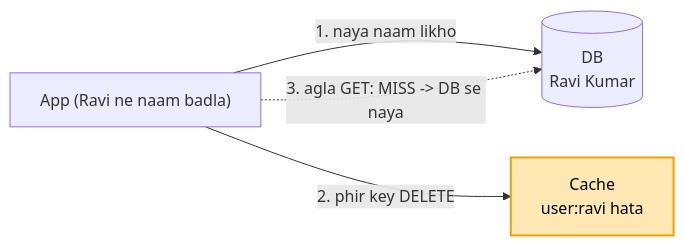
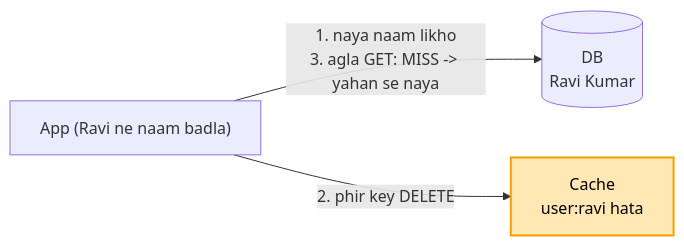
One commit to ArpanMaheshwari144/Prep changed the sixth of 8 diagrams in 04_HLD/SYSTEM_DESIGNS/10_distributed_cache/10_distributed_cache.md. Above: the diagram before and after it, drawn with Mermaid. The commit also changed other lines of this file, not shown here.

Commit message:
cache: kadam 1 aur 6 ke diagram me do teer ek jagah se, label dabbe pe chadh raha tha -> ek teer, do line

````diff
--- a/04_HLD/SYSTEM_DESIGNS/10_distributed_cache/10_distributed_cache.md
+++ b/04_HLD/SYSTEM_DESIGNS/10_distributed_cache/10_distributed_cache.md
@@ -245,7 +248,6 @@
 ```mermaid
 flowchart LR
-    A["App (Ravi ne naam badla)"] -->|"1. naya naam likho"| D[("DB<br/>Ravi Kumar")]
+    A["App (Ravi ne naam badla)"] -->|"1. naya naam likho<br/>3. agla GET: MISS -> yahan se naya"| D[("DB<br/>Ravi Kumar")]
     A -->|"2. phir key DELETE"| C["Cache<br/>user:ravi hata"]
-    A -.->|"3. agla GET: MISS -> DB se naya"| D
     style C fill:#ffe8b3,stroke:#f59f00,stroke-width:2px,color:#000
 ```
````
